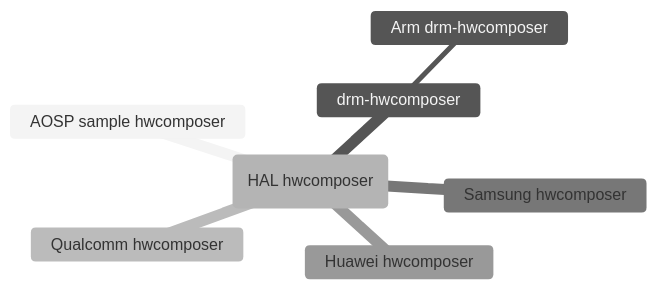
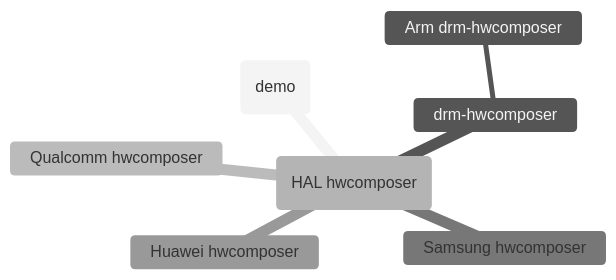
Before and after one commit to lucmann/lucmann.github.io: the second of 2 diagrams in source/_posts/gfx/hal.md, drawn with Mermaid (neutral theme). The commit also changed other lines of this file, not shown here.

Commit message:
gfx: dragonboards are using drm_hwcomposer

````diff
--- a/source/_posts/gfx/hal.md
+++ b/source/_posts/gfx/hal.md
@@ -58,10 +58,10 @@
 ```mermaid
 mindmap
   root(HAL hwcomposer)
-    AOSP sample hwcomposer
+    AOSP hwcomposer (demo)
     drm-hwcomposer
       Arm drm-hwcomposer
     Qualcomm hwcomposer
     Samsung hwcomposer
     Huawei hwcomposer
 ```
````
